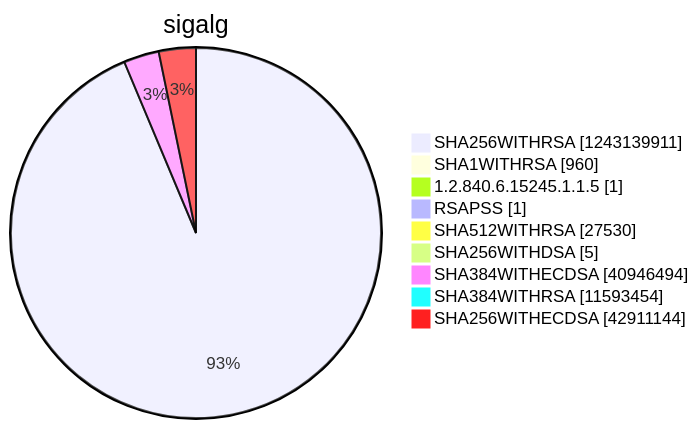
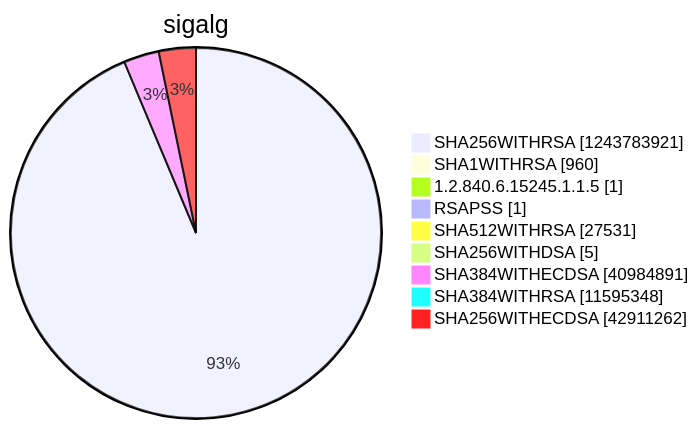
Diagram 15 of 15 in argon2022/README.md (christiankrug/ctmonitor_visualization), drawn with Mermaid before and after one commit. The commit also changed other lines of this file, not shown here.

````diff
--- a/argon2022/README.md
+++ b/argon2022/README.md
@@ -5522,13 +5522,13 @@
 ```mermaid
 pie showData
 title sigalg
-"SHA256WITHRSA" :1243139911
+"SHA256WITHRSA" :1243783921
 "SHA1WITHRSA" :960
 "1.2.840.6.15245.1.1.5" :1
 "RSAPSS" :1
-"SHA512WITHRSA" :27530
+"SHA512WITHRSA" :27531
 "SHA256WITHDSA" :5
-"SHA384WITHECDSA" :40946494
-"SHA384WITHRSA" :11593454
-"SHA256WITHECDSA" :42911144
+"SHA384WITHECDSA" :40984891
+"SHA384WITHRSA" :11595348
+"SHA256WITHECDSA" :42911262
 ```
````
